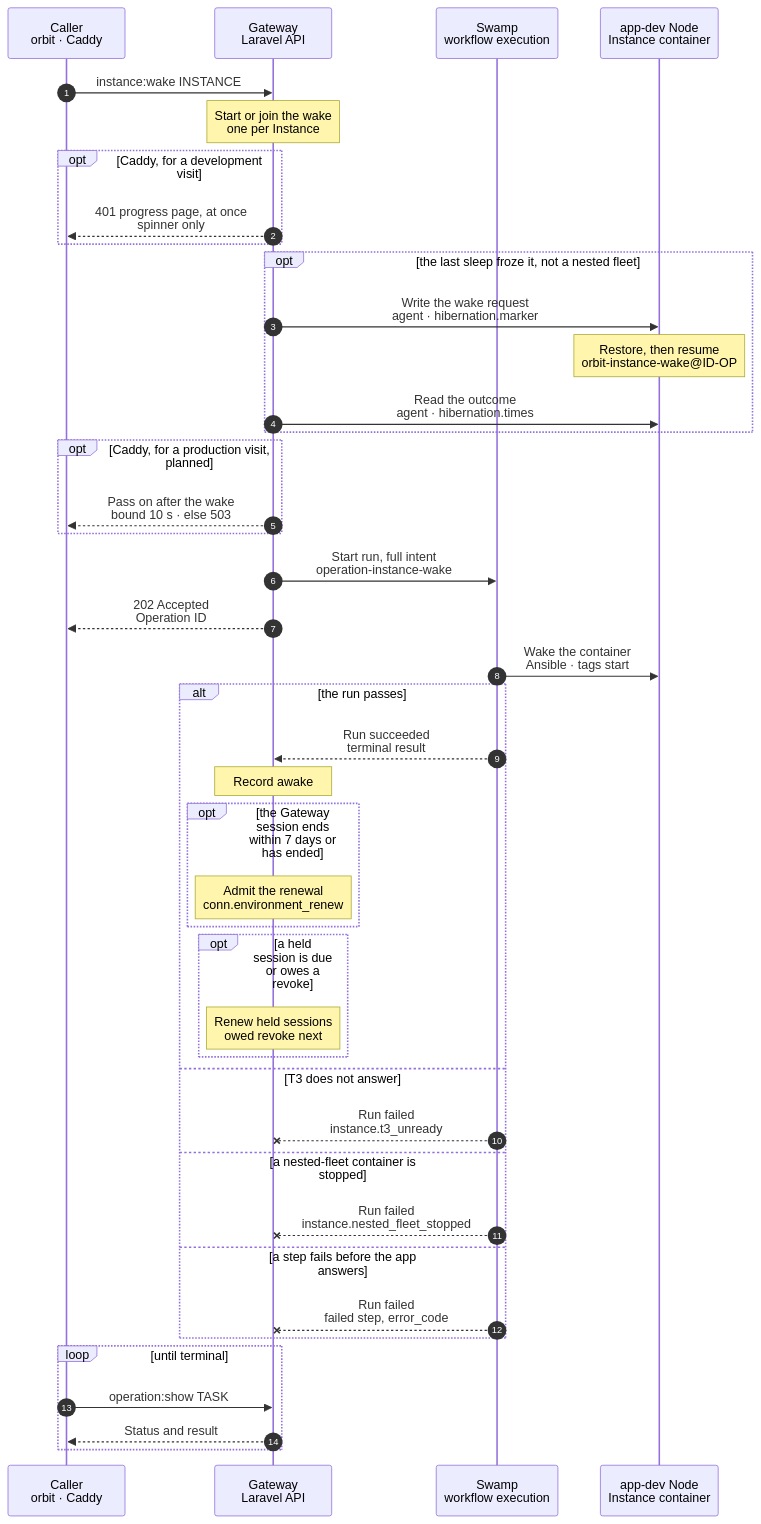
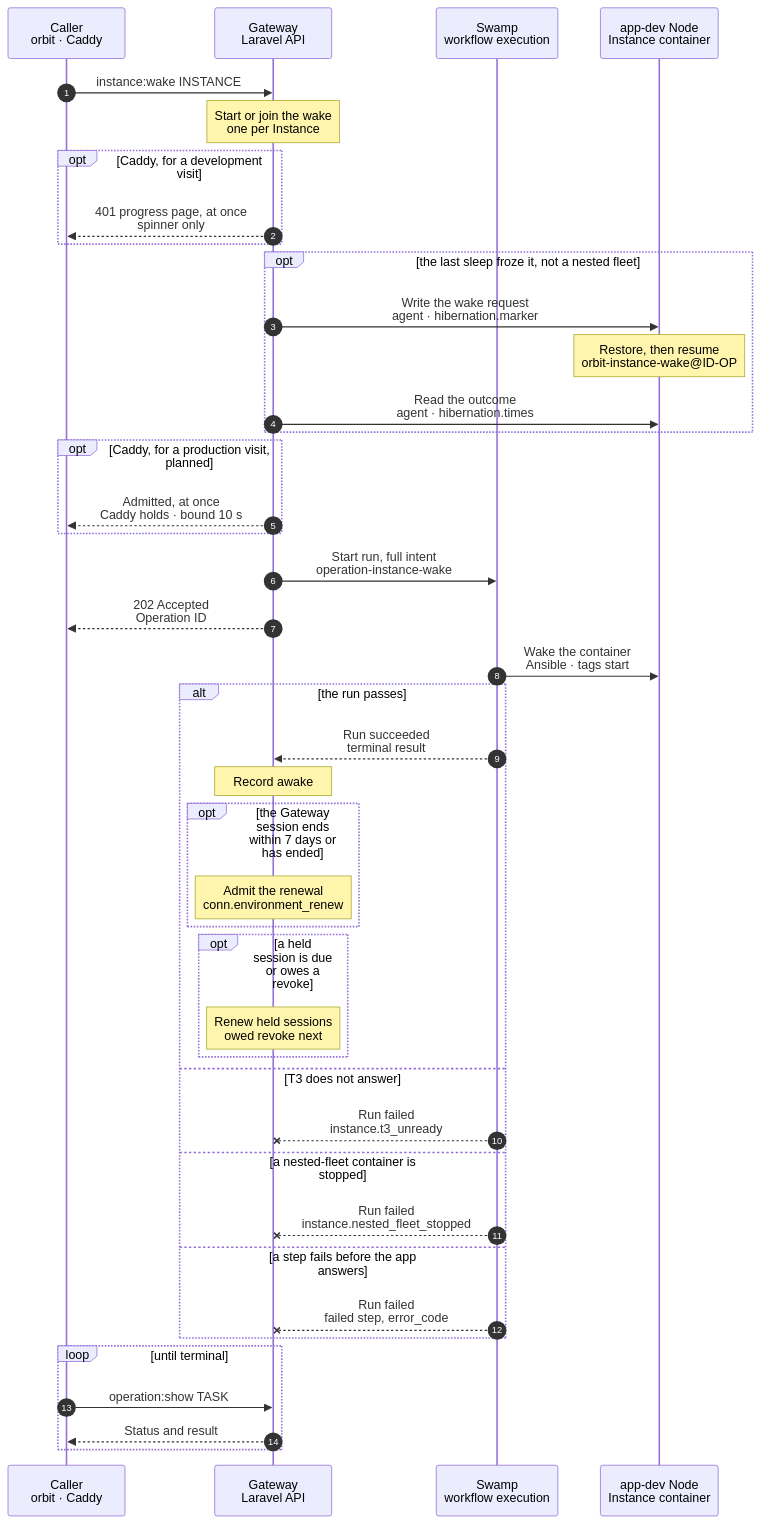
One commit to hardimpactdev/orbit changed the diagram in docs/cli/instance/wake.mmd. Above: the diagram before and after it, drawn with Mermaid. The commit also changed 3 other files, not shown here.

Commit message:
docs: a failed production wake retries each 30 s, and the Node's Caddy holds the visitor (ADR 0265)

```diff
--- a/docs/cli/instance/wake.mmd
+++ b/docs/cli/instance/wake.mmd
@@ -81,16 +81,20 @@
     %%> - a cancel between Caddy's answer and the Node calls: the Gateway makes no Node call; a cancel during the resume keeps the Operation cancelled, and a late outcome never overwrites it
   end
   opt Caddy, for a production visit, planned
-    GW-->>CL: Pass on after the wake<br/>bound 10 s · else 503
+    GW-->>CL: Admitted, at once<br/>Caddy holds · bound 10 s
     %%> What it does:
-    %%> - Caddy holds the visitor's request; the Gateway answers its activation call once the marker is gone, and Caddy passes the request to live
+    %%> - the Gateway admits or joins the wake and answers at once, as in development; no Gateway worker waits for the wake
+    %%> - Caddy on the Node holds the visitor's request: it tries the live upstream again until the asleep marker is gone, within 10 s, and then proxies the request to live
     %%> - a person, an API client or a webhook sees only a slower first answer; targets about 1.5 s with the prepared restore, 2.4 s without
     %%> - the wake reads the live link after the power lock and acts only on that container; after a switch it finds no marker, `wake: already_running`
     %%> Why:
     %%> - a progress page with status 401 breaks an API client and a webhook (ADR 0265)
     %%> On failure:
-    %%> - after 10 s, or after a failed wake, Caddy answers `503` with `Retry-After: 5` and a plain page that names the Instance; the wake goes on
-    %%> - a failure is stored as in development: each later request gets that `503` at once and starts no wake; only `instance:wake` starts a new one
+    %%> - after 10 s, Caddy answers `503` with `Retry-After: 5` and a plain page that names the Instance; the wake goes on
+    %%> - a failure is stored as in development; while it is stored, the Gateway says so and Caddy answers `503` with `Retry-After: 30` and the same page at once
+    %%> Retry:
+    %%> - the first request 30 s or more after the failure starts one new wake by itself: at most one retry each 30 s
+    %%> - `instance:wake` retries at once
     %%> - when the fast wake fell back to the run below, the hold goes on until the run ends or the bound
   end
   GW->>SW: Start run, full intent<br/>operation-instance-wake
@@ -166,6 +170,7 @@
     %%> - the asleep marker stays; the Route shows the failure page with Try again
     %%> Retry:
     %%> - Try again or the same command; a start of a running container changes nothing
+    %%> - planned, a production live: the first visit 30 s or more after the failure starts one new wake by itself; until then Caddy answers `503` with `Retry-After: 30`
   end
   loop until terminal
     CL->>GW: operation:show TASK
```
